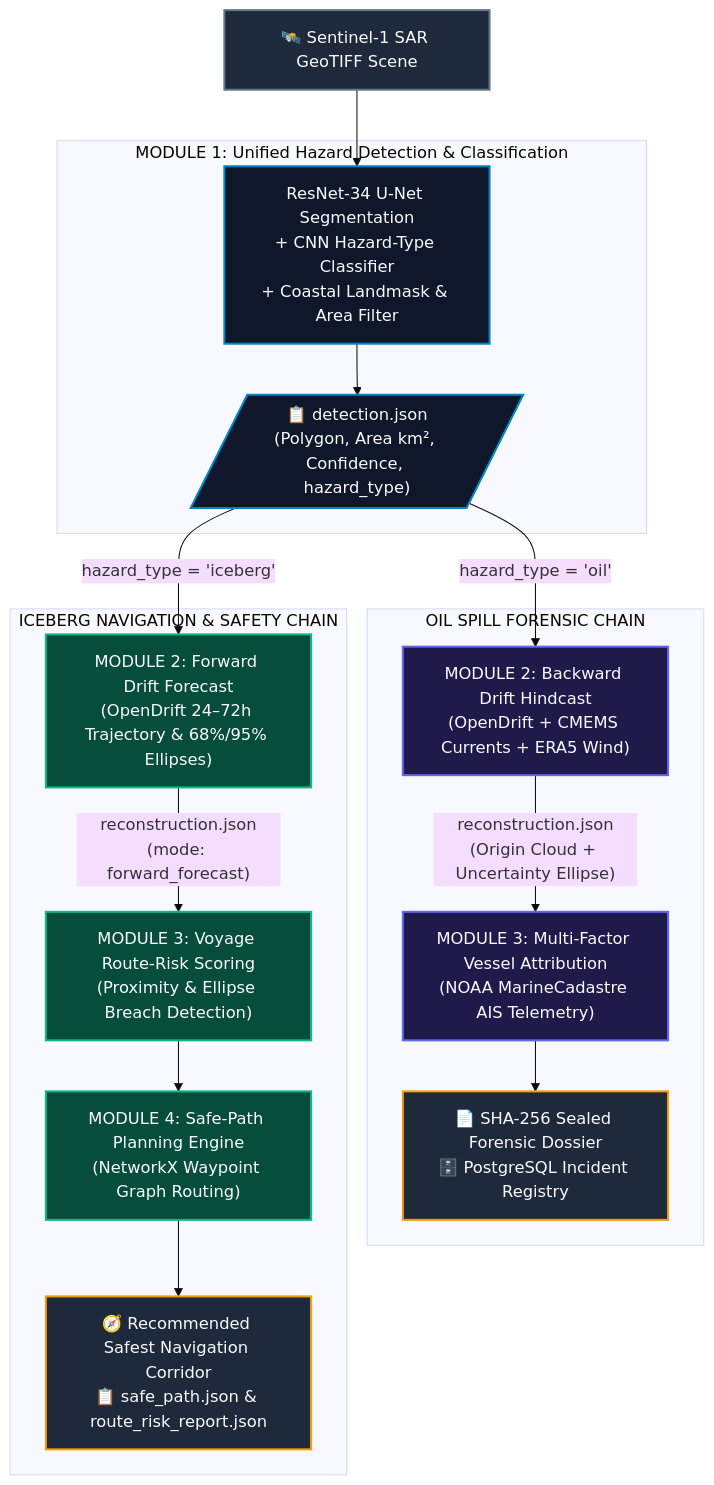
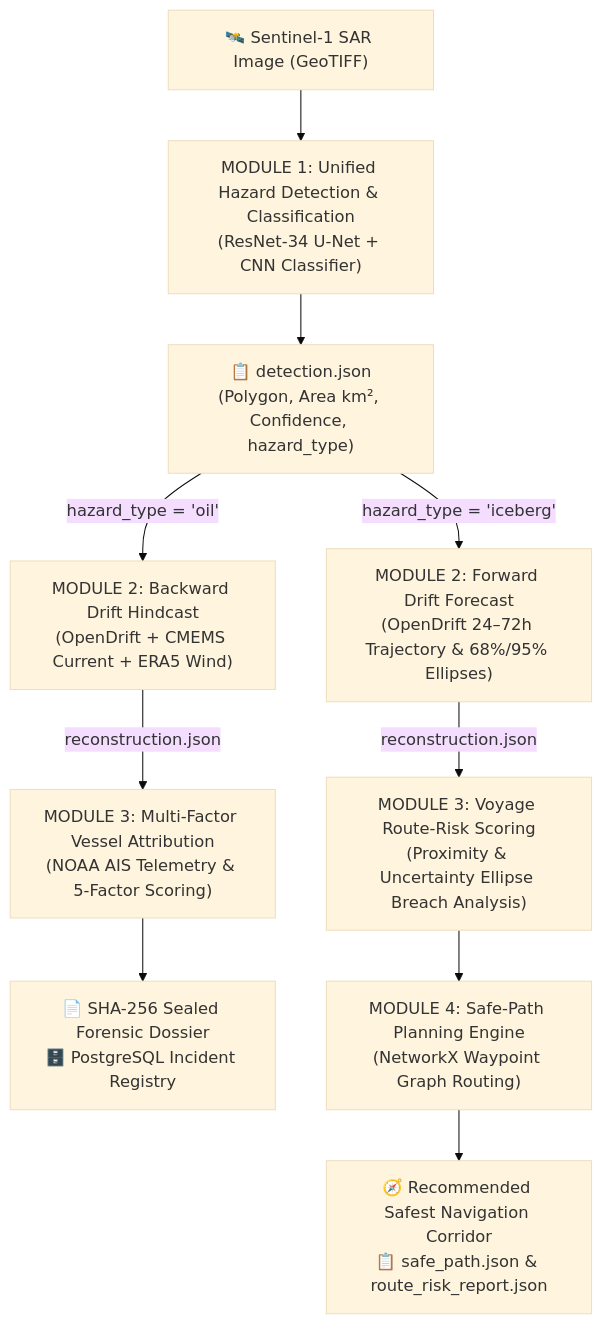
Before and after one commit to senvidit4-alt/Ocean_Trace_v.3.0_: the diagram in README.md, drawn with Mermaid (base theme). The commit also changed other lines of this file, not shown here.

Commit message:
docs: fix Mermaid syntax for GitHub rendering and add explainable workflow breakdown

````diff
--- a/README.md
+++ b/README.md
@@ -37,35 +37,15 @@
 ```mermaid
-flowchart TD
-    %% Styling
-    classDef input fill:#1E293B,stroke:#64748B,stroke-width:2px,color:#F8FAFC;
-    classDef mod1 fill:#0F172A,stroke:#0284C7,stroke-width:2px,color:#F8FAFC;
-    classDef oil fill:#1E1B4B,stroke:#6366F1,stroke-width:2px,color:#F8FAFC;
-    classDef berg fill:#064E3B,stroke:#10B981,stroke-width:2px,color:#F8FAFC;
-    classDef output fill:#1E293B,stroke:#F59E0B,stroke-width:2px,color:#F8FAFC;
+graph TD
+    SAR["🛰️ Sentinel-1 SAR Image (GeoTIFF)"] --> M1["MODULE 1: Unified Hazard Detection & Classification<br/>(ResNet-34 U-Net + CNN Classifier)"]
+    
+    M1 --> JSON["📋 detection.json<br/>(Polygon, Area km², Confidence, hazard_type)"]
+    
+    JSON -->|hazard_type = 'oil'| M2_OIL["MODULE 2: Backward Drift Hindcast<br/>(OpenDrift + CMEMS Current + ERA5 Wind)"]
+    M2_OIL -->|reconstruction.json| M3_OIL["MODULE 3: Multi-Factor Vessel Attribution<br/>(NOAA AIS Telemetry & 5-Factor Scoring)"]
+    M3_OIL --> OUT_OIL["📄 SHA-256 Sealed Forensic Dossier<br/>🗄️ PostgreSQL Incident Registry"]
 
-    SAR["🛰️ Sentinel-1 SAR GeoTIFF Scene"]:::input --> MOD1
-
-    subgraph M1 ["MODULE 1: Unified Hazard Detection & Classification"]
-        MOD1["ResNet-34 U-Net Segmentation<br/>+ CNN Hazard-Type Classifier<br/>+ Coastal Landmask & Area Filter"]:::mod1
-        JSON1[/"📋 detection.json<br/>(Polygon, Area km², Confidence, hazard_type)"/]:::mod1
-        MOD1 --> JSON1
-    end
-
-    JSON1 -->|hazard_type = 'oil'| M2_OIL
-    JSON1 -->|hazard_type = 'iceberg'| M2_BERG
-
-    subgraph BRANCH_OIL ["OIL SPILL FORENSIC CHAIN"]
-        M2_OIL["MODULE 2: Backward Drift Hindcast<br/>(OpenDrift + CMEMS Currents + ERA5 Wind)"]:::oil
-        M2_OIL -->|"reconstruction.json<br/>(Origin Cloud + Uncertainty Ellipse)"| M3_OIL
-        M3_OIL["MODULE 3: Multi-Factor Vessel Attribution<br/>(NOAA MarineCadastre AIS Telemetry)"]:::oil
-        M3_OIL --> REP_OIL["📄 SHA-256 Sealed Forensic Dossier<br/>🗄️ PostgreSQL Incident Registry"]:::output
-    end
-
-    subgraph BRANCH_BERG ["ICEBERG NAVIGATION & SAFETY CHAIN"]
-        M2_BERG["MODULE 2: Forward Drift Forecast<br/>(OpenDrift 24–72h Trajectory & 68%/95% Ellipses)"]:::berg
-        M2_BERG -->|"reconstruction.json<br/>(mode: forward_forecast)"| M3_BERG
-        M3_BERG["MODULE 3: Voyage Route-Risk Scoring<br/>(Proximity & Ellipse Breach Detection)"]:::berg
-        M3_BERG --> M4_BERG["MODULE 4: Safe-Path Planning Engine<br/>(NetworkX Waypoint Graph Routing)"]:::berg
-        M4_BERG --> REP_BERG["🧭 Recommended Safest Navigation Corridor<br/>📋 safe_path.json & route_risk_report.json"]:::output
-    end
+    JSON -->|hazard_type = 'iceberg'| M2_ICE["MODULE 2: Forward Drift Forecast<br/>(OpenDrift 24–72h Trajectory & 68%/95% Ellipses)"]
+    M2_ICE -->|reconstruction.json| M3_ICE["MODULE 3: Voyage Route-Risk Scoring<br/>(Proximity & Uncertainty Ellipse Breach Analysis)"]
+    M3_ICE --> M4_ICE["MODULE 4: Safe-Path Planning Engine<br/>(NetworkX Waypoint Graph Routing)"]
+    M4_ICE --> OUT_ICE["🧭 Recommended Safest Navigation Corridor<br/>📋 safe_path.json & route_risk_report.json"]
 ```
````
